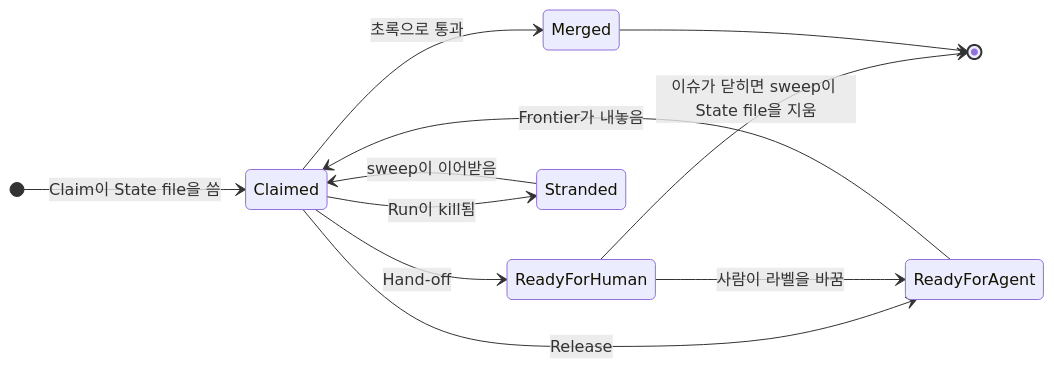
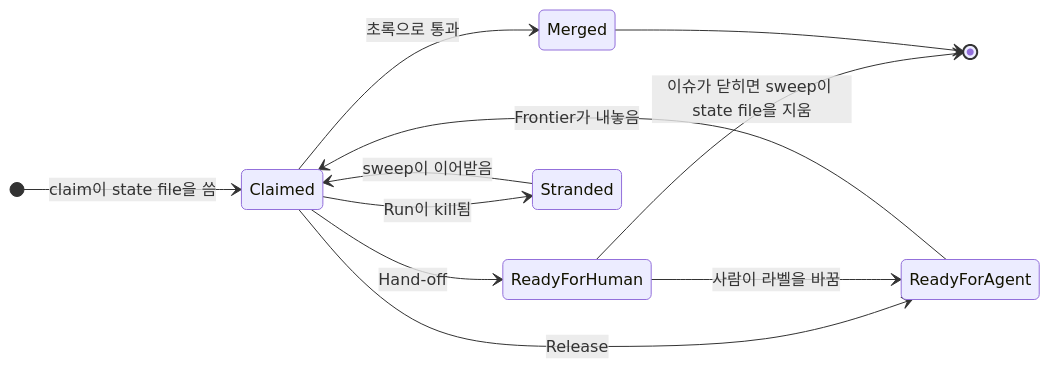
One commit to jjongs2/ticket-runner changed the first of 2 diagrams in wiki/ko/guide/stopping-and-resuming.md. Above: the diagram before and after it, drawn with Mermaid. The commit also changed other lines of this file and 20 other files, not shown here.

````diff
--- a/wiki/ko/guide/stopping-and-resuming.md
+++ b/wiki/ko/guide/stopping-and-resuming.md
@@ -24,14 +24,14 @@
 ```mermaid
 stateDiagram-v2
     direction LR
-    [*] --> Claimed: Claim이 State file을 씀
+    [*] --> Claimed: claim이 state file을 씀
     Claimed --> Merged: 초록으로 통과
     Claimed --> ReadyForHuman: Hand-off
     Claimed --> ReadyForAgent: Release
     Claimed --> Stranded: Run이 kill됨
     ReadyForHuman --> ReadyForAgent: 사람이 라벨을 바꿈
     ReadyForAgent --> Claimed: Frontier가 내놓음
     Stranded --> Claimed: sweep이 이어받음
-    ReadyForHuman --> [*]: 이슈가 닫히면 sweep이 State file을 지움
+    ReadyForHuman --> [*]: 이슈가 닫히면 sweep이 state file을 지움
     Merged --> [*]
 ```
````
